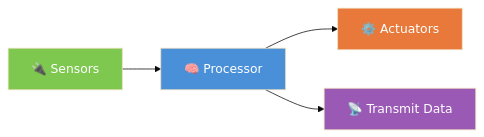
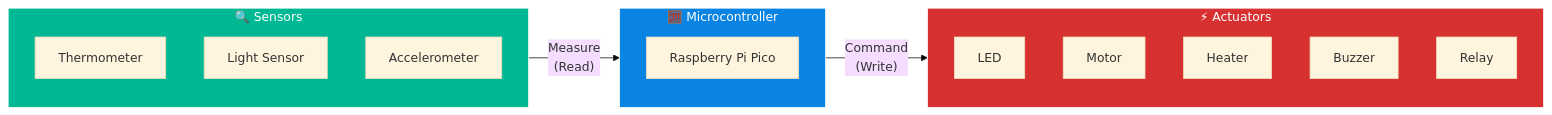
Before and after one commit to affaanq/University-Year1-Notes: the second of 13 diagrams in 00_Inbox/01_University/Practical_Computing/Labs/04_Labs.md, drawn with Mermaid (base theme). The commit also changed other lines of this file and 2 other files, not shown here.

````diff
--- a/00_Inbox/01_University/Practical_Computing/Labs/04_Labs.md
+++ b/00_Inbox/01_University/Practical_Computing/Labs/04_Labs.md
@@ -24,10 +46,27 @@
 ```mermaid
-graph LR
-    S[🔌 Sensors] --> P[🧠 Processor]
-    P --> A[⚙️ Actuators]
-    P --> T[📡 Transmit Data]
-    style P fill:#4a90d9,color:#fff
-    style S fill:#7ec850,color:#fff
-    style A fill:#e8793a,color:#fff
-    style T fill:#9b59b6,color:#fff
+flowchart LR
+    subgraph SENSORS["🔍 Sensors"]
+        S1["Thermometer"]
+        S2["Light Sensor"]
+        S3["Accelerometer"]
+    end
+
+    subgraph MCU["🧮 Microcontroller"]
+        M["Raspberry Pi Pico"]
+    end
+
+    subgraph ACTUATORS["⚡ Actuators"]
+        A1["LED"]
+        A2["Motor"]
+        A3["Heater"]
+        A4["Buzzer"]
+        A5["Relay"]
+    end
+
+    SENSORS -->|"Measure\n(Read)"| MCU
+    MCU -->|"Command\n(Write)"| ACTUATORS
+
+    style SENSORS fill:#00b894,stroke:#fff,color:#fff
+    style MCU fill:#0984e3,stroke:#fff,color:#fff
+    style ACTUATORS fill:#d63031,stroke:#fff,color:#fff
 ```
````
